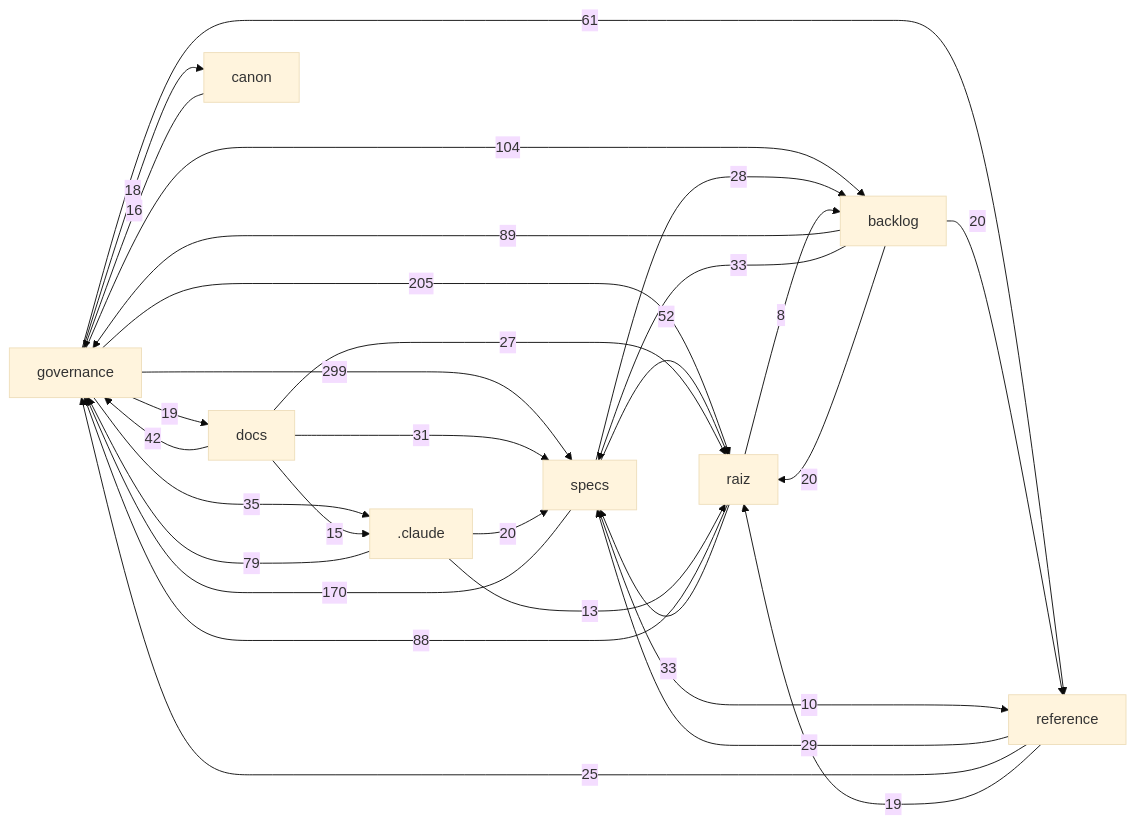
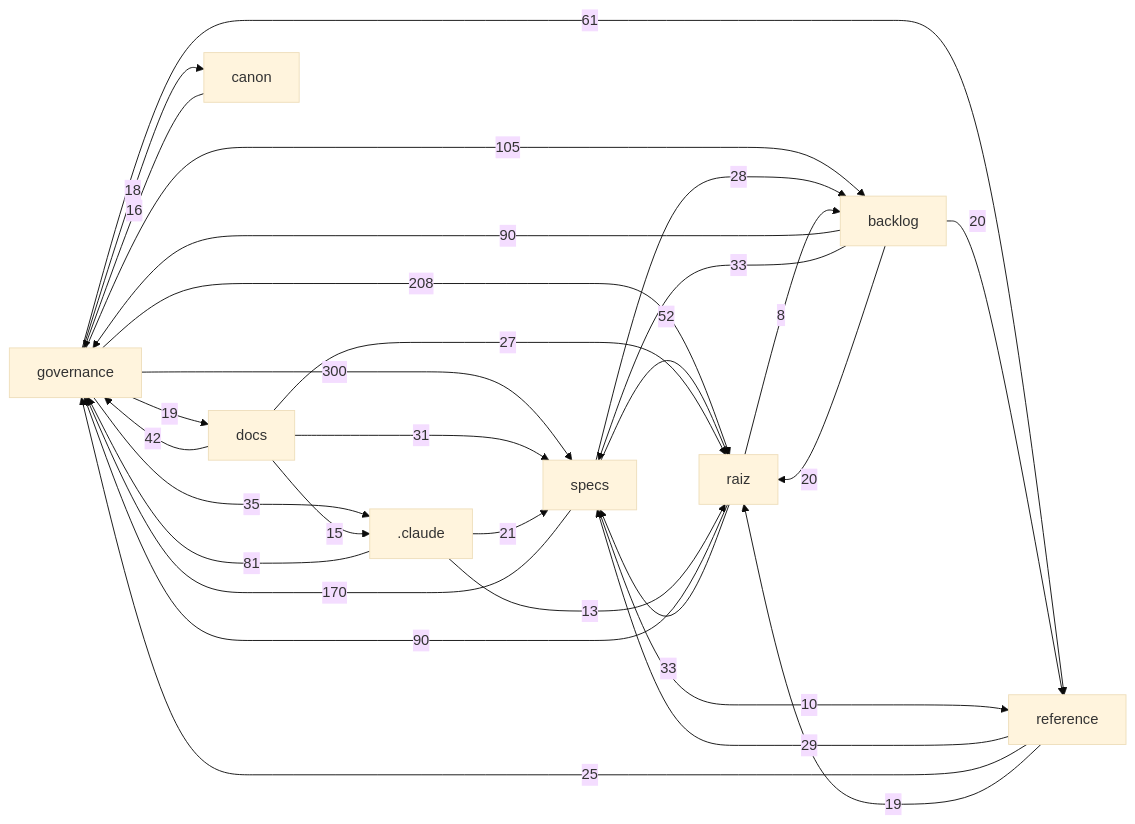
Before and after one commit to Andraus35/Sistema-Operacional-de-Trading--SOT: the diagram in docs/mapa/MAPA-PROJETO.md, drawn with Mermaid (base theme). The commit also changed other lines of this file and 13 other files, not shown here.

````diff
--- a/docs/mapa/MAPA-PROJETO.md
+++ b/docs/mapa/MAPA-PROJETO.md
@@ -30,32 +30,32 @@
 ```mermaid
 flowchart LR
-  governance["governance"] -->|299| specs["specs"]
-  governance["governance"] -->|205| raiz["raiz"]
+  governance["governance"] -->|300| specs["specs"]
+  governance["governance"] -->|208| raiz["raiz"]
   specs["specs"] -->|170| governance["governance"]
-  governance["governance"] -->|104| backlog["backlog"]
-  backlog["backlog"] -->|89| governance["governance"]
-  raiz["raiz"] -->|88| governance["governance"]
-  _claude[".claude"] -->|79| governance["governance"]
+  governance["governance"] -->|105| backlog["backlog"]
+  raiz["raiz"] -->|90| governance["governance"]
+  backlog["backlog"] -->|90| governance["governance"]
+  _claude[".claude"] -->|81| governance["governance"]
   governance["governance"] -->|61| reference["reference"]
   specs["specs"] -->|52| raiz["raiz"]
   docs["docs"] -->|42| governance["governance"]
   governance["governance"] -->|35| _claude[".claude"]
   raiz["raiz"] -->|33| specs["specs"]
   backlog["backlog"] -->|33| specs["specs"]
   docs["docs"] -->|31| specs["specs"]
   reference["reference"] -->|29| specs["specs"]
   specs["specs"] -->|28| backlog["backlog"]
   docs["docs"] -->|27| raiz["raiz"]
   reference["reference"] -->|25| governance["governance"]
-  _claude[".claude"] -->|20| specs["specs"]
+  _claude[".claude"] -->|21| specs["specs"]
   backlog["backlog"] -->|20| raiz["raiz"]
   backlog["backlog"] -->|20| reference["reference"]
   governance["governance"] -->|19| docs["docs"]
   reference["reference"] -->|19| raiz["raiz"]
   governance["governance"] -->|18| canon["canon"]
   canon["canon"] -->|16| governance["governance"]
   docs["docs"] -->|15| _claude[".claude"]
   _claude[".claude"] -->|13| raiz["raiz"]
   specs["specs"] -->|10| reference["reference"]
   raiz["raiz"] -->|8| backlog["backlog"]
 ```
````
